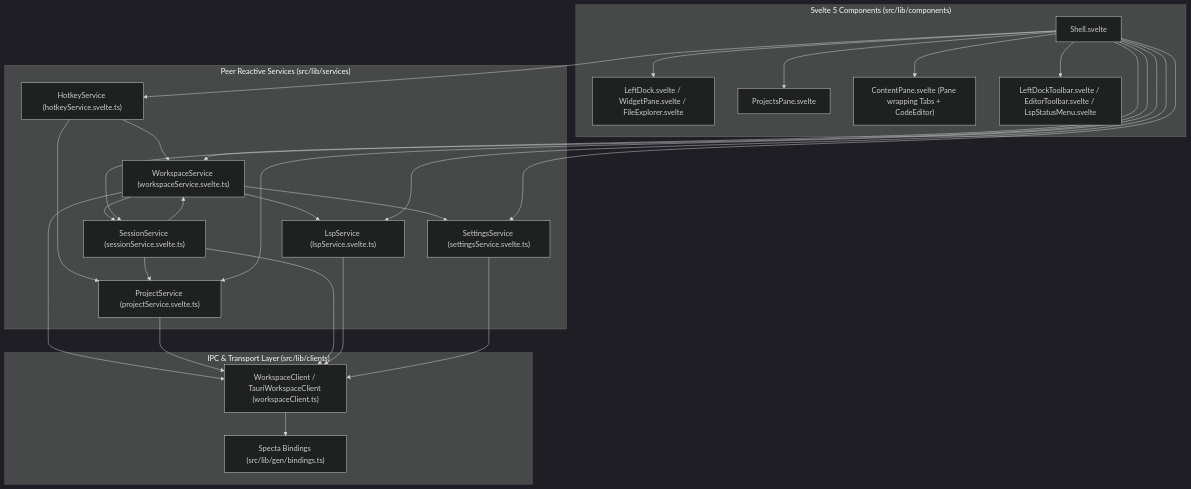
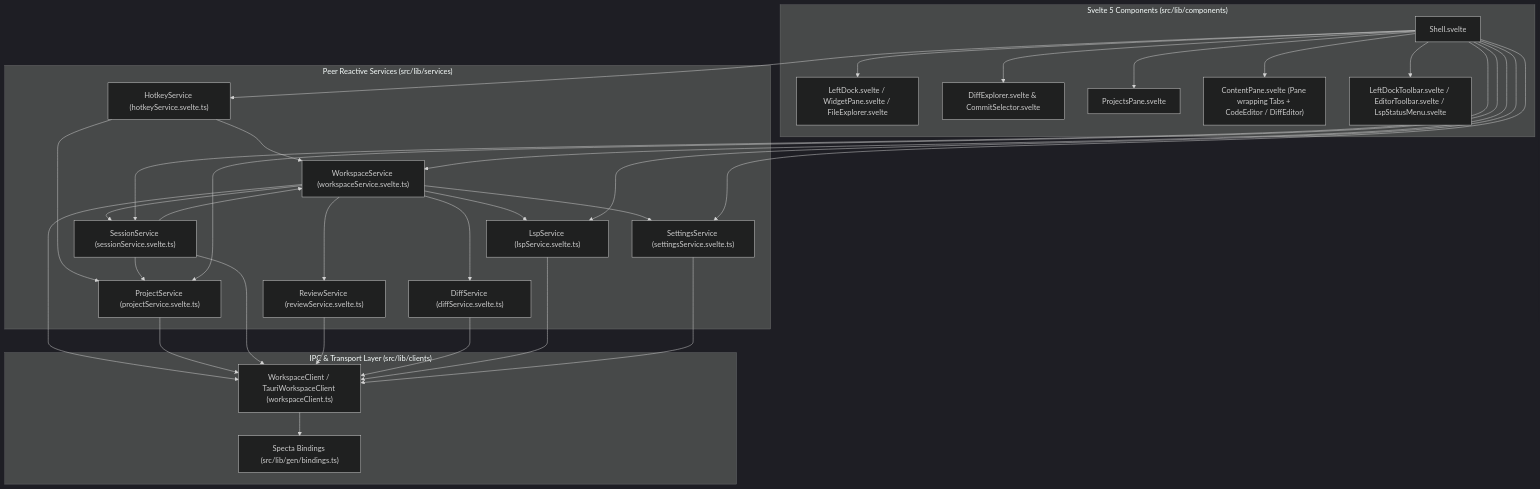
The first of 3 diagrams in docs/architecture/web/index.md (difflab-io/lgtm), drawn with Mermaid (dark theme) before and after one commit. The commit also changed other lines of this file and 58 other files, not shown here.

Commit message:
feat(desktop,web,ui): add CodeMirror diff viewer, collapsible diff explorer, and commit checklist

````diff
--- a/docs/architecture/web/index.md
+++ b/docs/architecture/web/index.md
@@ -40,48 +41,56 @@
 ```mermaid
 flowchart TB
     subgraph Components["Svelte 5 Components (src/lib/components)"]
         SHELL["Shell.svelte"]
         DOCK["LeftDock.svelte / WidgetPane.svelte / FileExplorer.svelte"]
+        DIFF_EXP["DiffExplorer.svelte & CommitSelector.svelte"]
         PROJECTS["ProjectsPane.svelte"]
-        CONTENT["ContentPane.svelte (Pane wrapping Tabs + CodeEditor)"]
+        CONTENT["ContentPane.svelte (Pane wrapping Tabs + CodeEditor / DiffEditor)"]
         TOOLBARS["LeftDockToolbar.svelte / EditorToolbar.svelte / LspStatusMenu.svelte"]
         SHELL --> DOCK
+        SHELL --> DIFF_EXP
         SHELL --> PROJECTS
         SHELL --> CONTENT
         SHELL --> TOOLBARS
     end
 
     subgraph Services["Peer Reactive Services (src/lib/services)"]
         HOTKEY_SVC["HotkeyService (hotkeyService.svelte.ts)"]
         WS_SVC["WorkspaceService (workspaceService.svelte.ts)"]
         PROJ_SVC["ProjectService (projectService.svelte.ts)"]
         SESS_SVC["SessionService (sessionService.svelte.ts)"]
+        REV_SVC["ReviewService (reviewService.svelte.ts)"]
+        DIFF_SVC["DiffService (diffService.svelte.ts)"]
         LSP_SVC["LspService (lspService.svelte.ts)"]
         SET_SVC["SettingsService (settingsService.svelte.ts)"]
         HOTKEY_SVC --> WS_SVC
         HOTKEY_SVC --> PROJ_SVC
         SESS_SVC --> PROJ_SVC
         SESS_SVC --> WS_SVC
         WS_SVC --> SESS_SVC
+        WS_SVC --> REV_SVC
+        WS_SVC --> DIFF_SVC
         WS_SVC --> LSP_SVC
         WS_SVC --> SET_SVC
     end
 
     subgraph Client["IPC & Transport Layer (src/lib/clients)"]
         WS_CLIENT["WorkspaceClient / TauriWorkspaceClient (workspaceClient.ts)"]
         BINDINGS["Specta Bindings (src/lib/gen/bindings.ts)"]
         WS_CLIENT --> BINDINGS
     end
 
     SHELL --> HOTKEY_SVC
     SHELL --> WS_SVC
     SHELL --> PROJ_SVC
     SHELL --> SESS_SVC
     SHELL --> LSP_SVC
     SHELL --> SET_SVC
     WS_SVC --> WS_CLIENT
     PROJ_SVC --> WS_CLIENT
     SESS_SVC --> WS_CLIENT
+    REV_SVC --> WS_CLIENT
+    DIFF_SVC --> WS_CLIENT
     LSP_SVC --> WS_CLIENT
     SET_SVC --> WS_CLIENT
 ```
````
